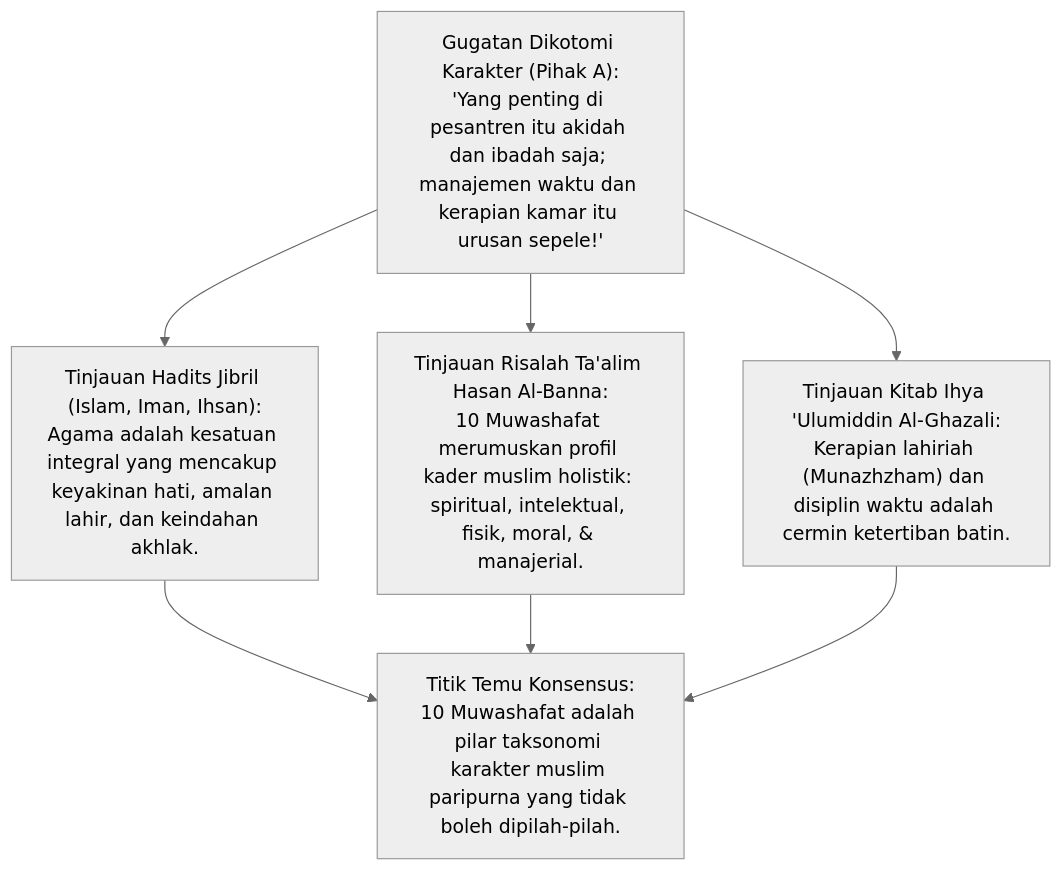
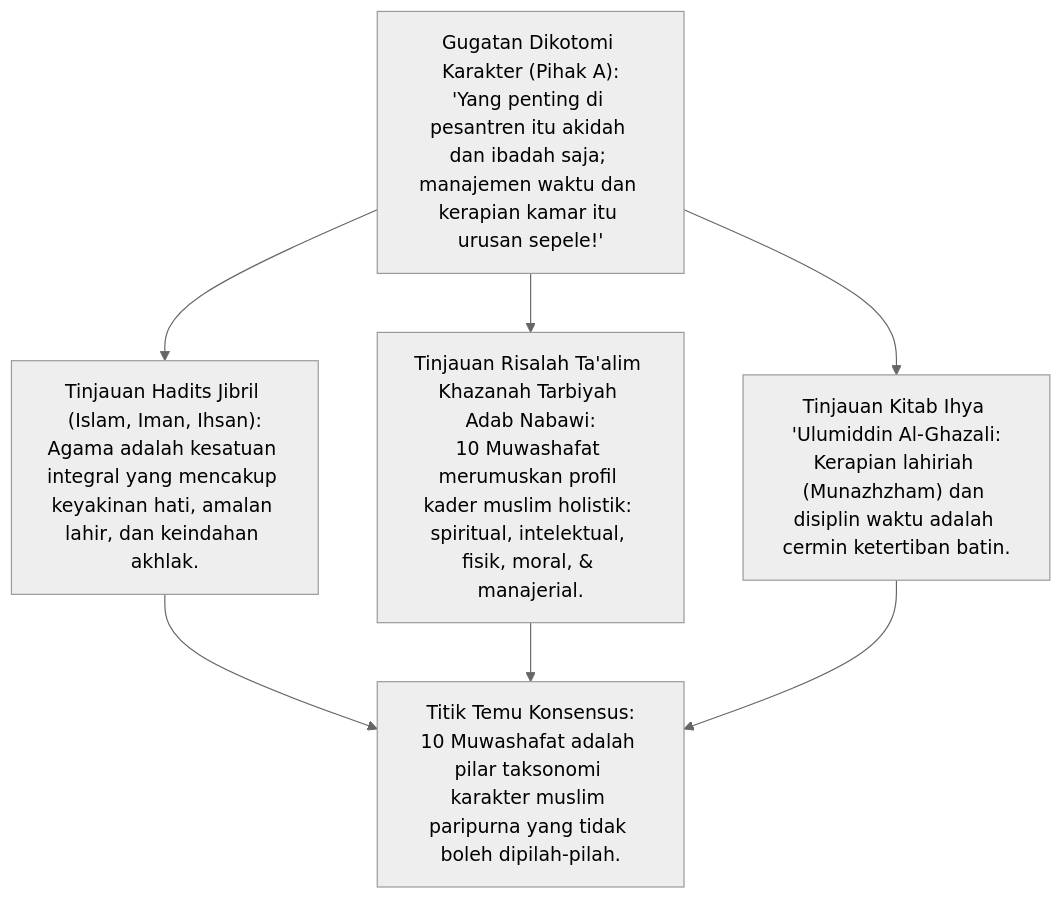
Before and after one commit to wandiapriliyandi/tumbuh: the second of 5 diagrams in 03 Capacity Framework/01 Graduate Profile/P3-01-02-Kompetensi-Inti-10-Karakter-Santri.md, drawn with Mermaid (neutral theme). The commit also changed other lines of this file and 11 other files, not shown here.

Commit message:
refactor: eliminasi seluruh atribusi nama Hasan al-Banna dan pembakuan taksonomi karakter berbasis Turats Islam & Adab Nabawi

````diff
--- a/03 Capacity Framework/01 Graduate Profile/P3-01-02-Kompetensi-Inti-10-Karakter-Santri.md
+++ b/03 Capacity Framework/01 Graduate Profile/P3-01-02-Kompetensi-Inti-10-Karakter-Santri.md
@@ -82,8 +82,8 @@
 ```mermaid
 graph TD
     A["Gugatan Dikotomi Karakter (Pihak A):<br/>'Yang penting di pesantren itu akidah dan ibadah saja; manajemen waktu dan kerapian kamar itu urusan sepele!'"]
     --> B1["Tinjauan Hadits Jibril (Islam, Iman, Ihsan):<br/>Agama adalah kesatuan integral yang mencakup keyakinan hati, amalan lahir, dan keindahan akhlak."]
-    A --> B2["Tinjauan Risalah Ta'alim Hasan Al-Banna:<br/>10 Muwashafat merumuskan profil kader muslim holistik: spiritual, intelektual, fisik, moral, & manajerial."]
+    A --> B2["Tinjauan Risalah Ta'alim Khazanah Tarbiyah Adab Nabawi:<br/>10 Muwashafat merumuskan profil kader muslim holistik: spiritual, intelektual, fisik, moral, & manajerial."]
     A --> B3["Tinjauan Kitab Ihya 'Ulumiddin Al-Ghazali:<br/>Kerapian lahiriah (Munazhzham) dan disiplin waktu adalah cermin ketertiban batin."]
     B1 & B2 & B3 --> C["Titik Temu Konsensus:<br/>10 Muwashafat adalah pilar taksonomi karakter muslim paripurna yang tidak boleh dipilah-pilah."]
 ```
````
